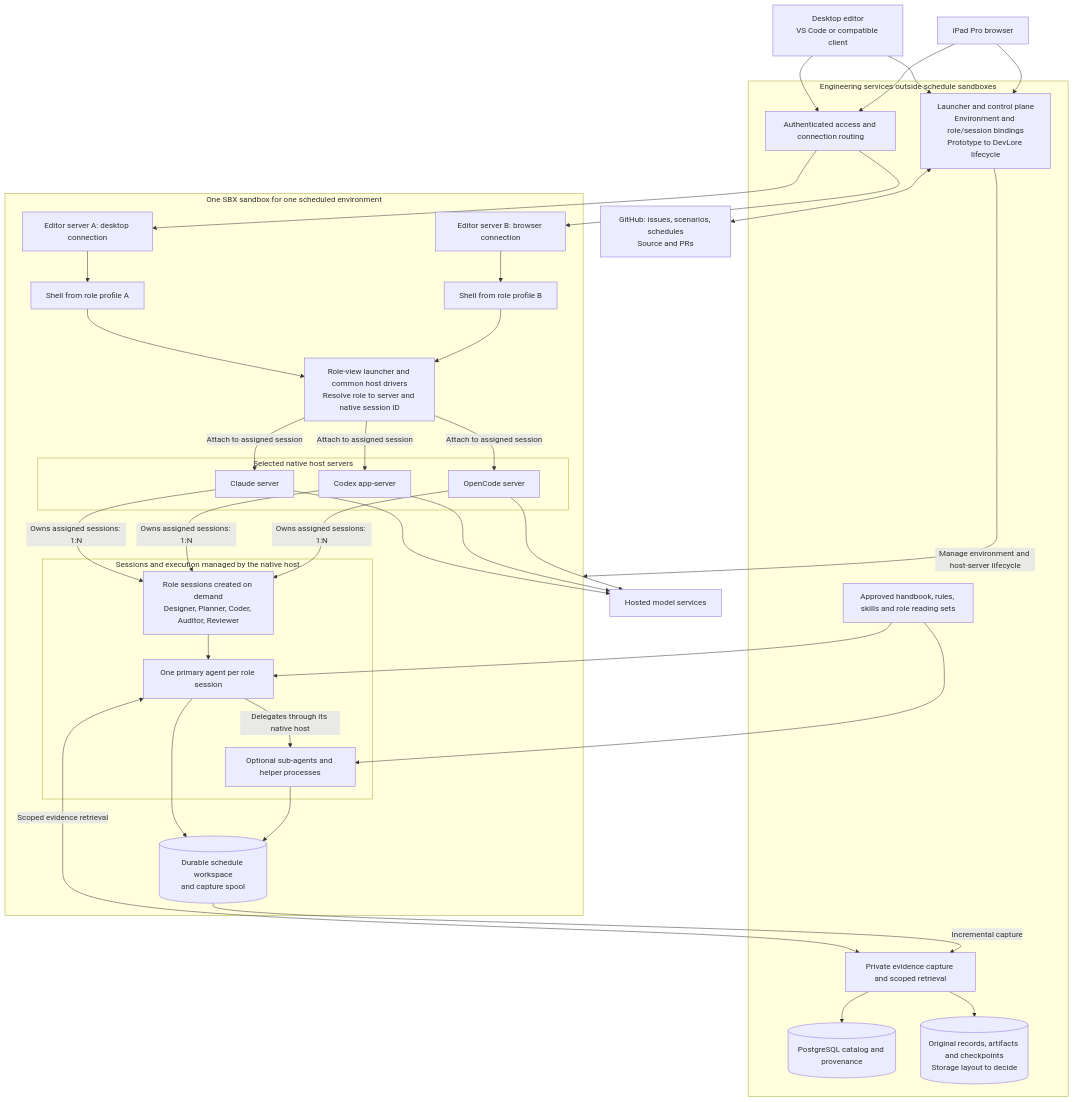
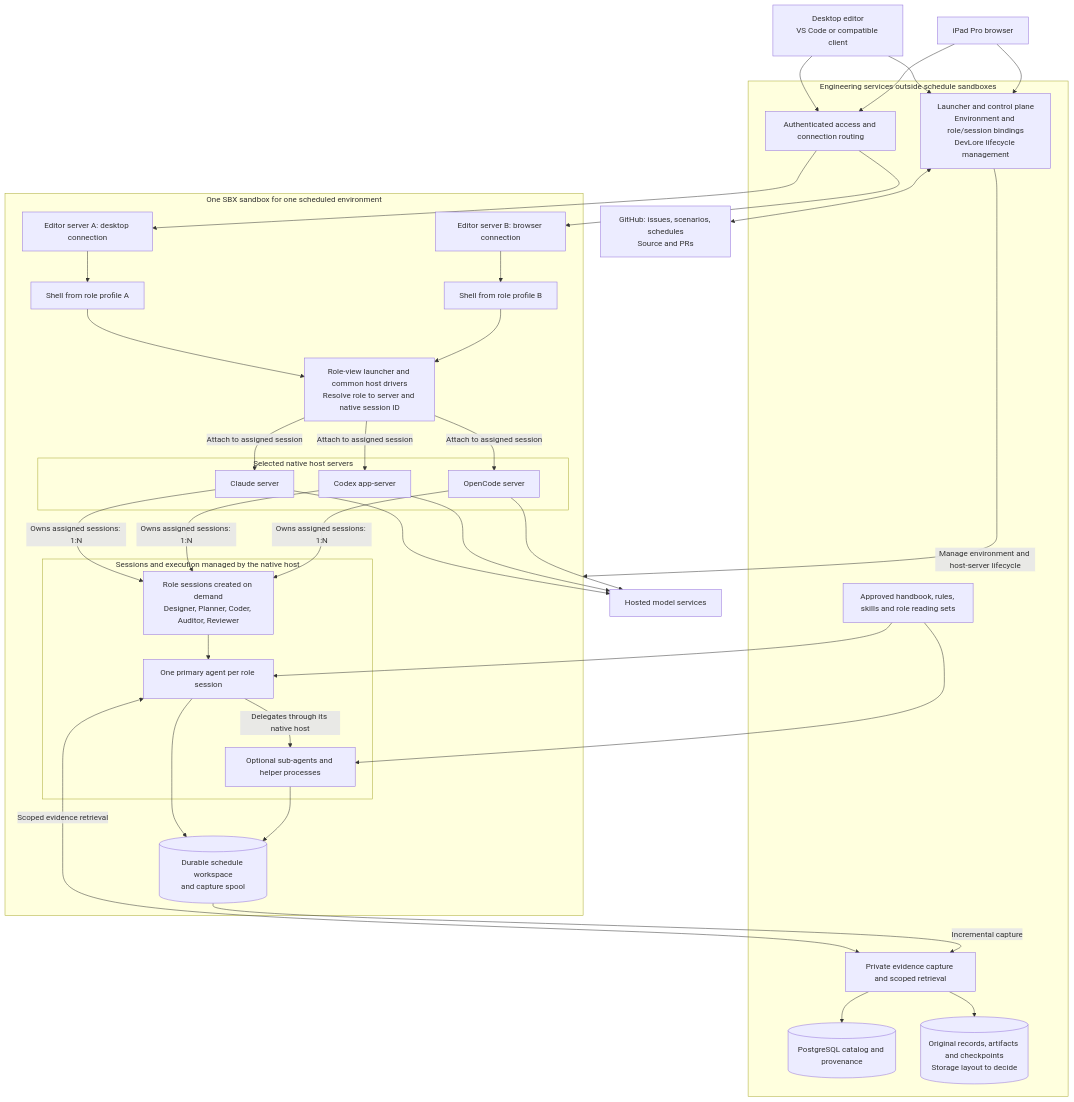
The first of 7 diagrams in docs/architecture/agentic-developer-workstation.md (NobleFactor/noblefactor-engprod), drawn with Mermaid before and after one commit. The commit also changed other lines of this file and 127 other files, not shown here.

First line of the commit message:
docs(engineering): publish handbook and architecture rewrite for review

````diff
--- a/docs/architecture/agentic-developer-workstation.md
+++ b/docs/architecture/agentic-developer-workstation.md
@@ -255,70 +87,70 @@
 ```mermaid
 flowchart TB
     Mac["Desktop editor<br/>VS Code or compatible client"]
     Pad["iPad Pro browser"]
     GitHub["GitHub: issues, scenarios, schedules<br/>Source and PRs"]
     Models["Hosted model services"]
 
     subgraph Shared["Engineering services outside schedule sandboxes"]
-        Control["Launcher and control plane<br/>Environment and role/session bindings<br/>Prototype to DevLore lifecycle"]
+        Control["Launcher and control plane<br/>Environment and role/session bindings<br/>DevLore lifecycle management"]
         Access["Authenticated access and connection routing"]
         Policy["Approved handbook, rules, skills and role reading sets"]
         Evidence["Private evidence capture and scoped retrieval"]
         Catalog[("PostgreSQL catalog and provenance")]
         Originals[("Original records, artifacts and checkpoints<br/>Storage layout to decide")]
         Evidence --> Catalog
         Evidence --> Originals
     end
 
     subgraph SBX["One SBX sandbox for one scheduled environment"]
         EditorA["Editor server A: desktop connection"]
         EditorB["Editor server B: browser connection"]
         ProfileA["Shell from role profile A"]
         ProfileB["Shell from role profile B"]
         Attach["Role-view launcher and common host drivers<br/>Resolve role to server and native session ID"]
 
         subgraph Servers["Selected native host servers"]
             Claude["Claude server"]
             Codex["Codex app-server"]
             OpenCode["OpenCode server"]
         end
 
         subgraph Managed["Sessions and execution managed by the native host"]
             Roles["Role sessions created on demand<br/>Designer, Planner, Coder, Auditor, Reviewer"]
             Primary["One primary agent per role session"]
             Children["Optional sub-agents and helper processes"]
             Roles --> Primary
             Primary -->|"Delegates through its native host"| Children
         end
 
         Work[("Durable schedule workspace<br/>and capture spool")]
         EditorA --> ProfileA
         EditorB --> ProfileB
         ProfileA --> Attach
         ProfileB --> Attach
         Attach -->|"Attach to assigned session"| Claude
         Attach -->|"Attach to assigned session"| Codex
         Attach -->|"Attach to assigned session"| OpenCode
         Claude -->|"Owns assigned sessions: 1:N"| Roles
         Codex -->|"Owns assigned sessions: 1:N"| Roles
         OpenCode -->|"Owns assigned sessions: 1:N"| Roles
         Primary --> Work
         Children --> Work
     end
 
     Mac --> Control
     Pad --> Control
     Mac --> Access
     Pad --> Access
     Access --> EditorA
     Access --> EditorB
     Control -->|"Manage environment and host-server lifecycle"| SBX
     Control <--> GitHub
     Policy --> Primary
     Policy --> Children
     Primary <-->|"Scoped evidence retrieval"| Evidence
     Work -->|"Incremental capture"| Evidence
     Claude --> Models
     Codex --> Models
     OpenCode --> Models
 ```
````
